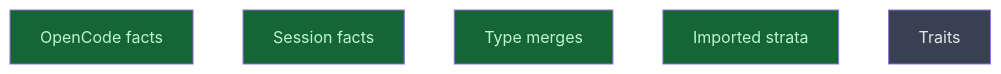
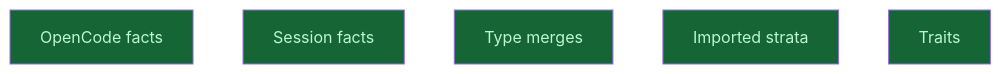
Before and after one commit to CrackingShells/Candler: the diagram in __roadmap__/m4-session-runner/README.md, drawn with Mermaid. The commit also changed other lines of this file and 5 other files, not shown here.

````diff
--- a/__roadmap__/m4-session-runner/README.md
+++ b/__roadmap__/m4-session-runner/README.md
@@ -108,13 +108,13 @@
 ```mermaid
 graph TD
     opencode_facts[OpenCode facts]:::done
     session_facts[Session facts]:::done
     type_merges[Type merges]:::done
     imported_strata[Imported strata]:::done
-    traits[Traits]:::planned
+    traits[Traits]:::done
     classDef done       fill:#166534,color:#bbf7d0
     classDef inprogress fill:#854d0e,color:#fef08a
     classDef planned    fill:#374151,color:#e5e7eb
     classDef amendment  fill:#1e3a5f,color:#bfdbfe
     classDef blocked    fill:#7f1d1d,color:#fecaca
 ```
````
